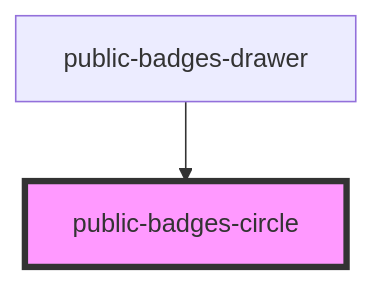
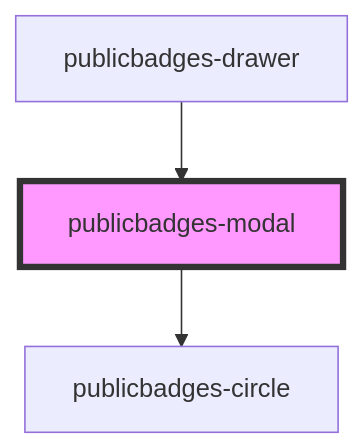
One commit to OffCourse/public-badges changed the diagram in packages/public-badges-drawer/src/components/public-badges-modal/readme.md. Above: the diagram before and after it, drawn with Mermaid. The commit also changed other lines of this file and 13 other files, not shown here.

````diff
--- a/packages/public-badges-drawer/src/components/public-badges-modal/readme.md
+++ b/packages/public-badges-drawer/src/components/public-badges-modal/readme.md
@@ -23,5 +37,6 @@
 ```mermaid
 graph TD;
-  public-badges-drawer --> public-badges-circle
-  style public-badges-circle fill:#f9f,stroke:#333,stroke-width:4px
+  publicbadges-modal --> publicbadges-circle
+  publicbadges-drawer --> publicbadges-modal
+  style publicbadges-modal fill:#f9f,stroke:#333,stroke-width:4px
 ```
````
